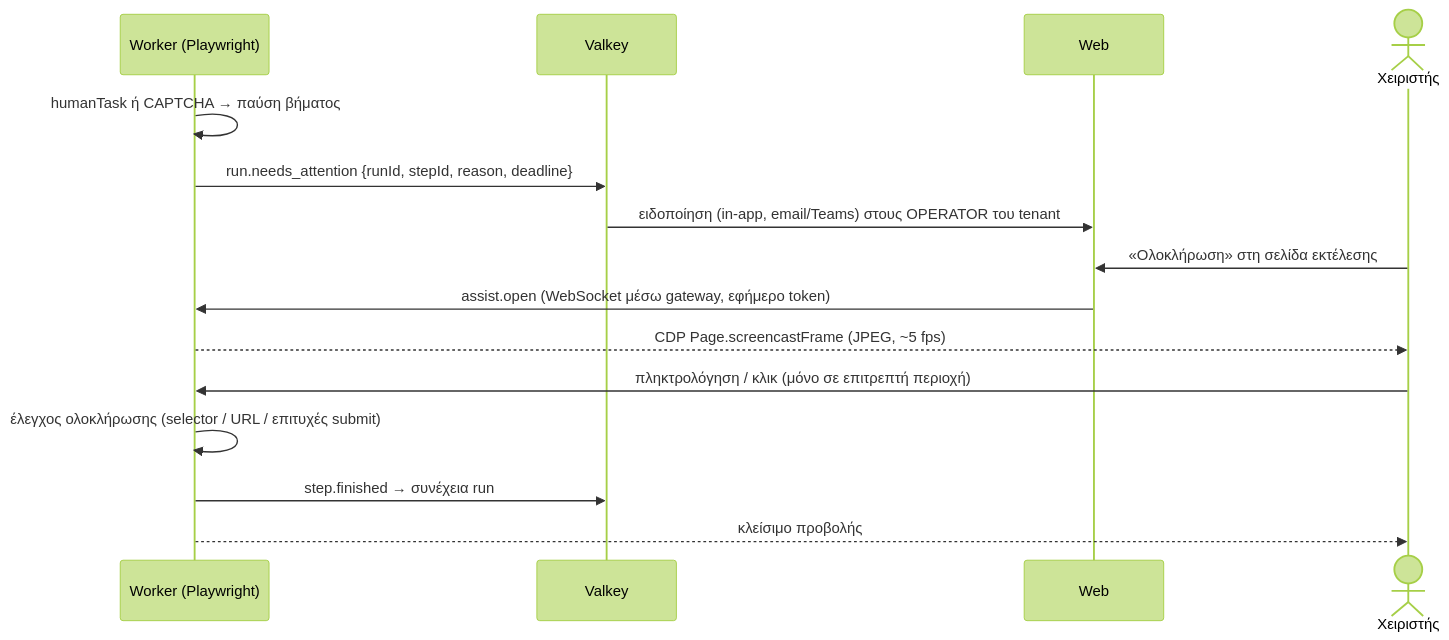
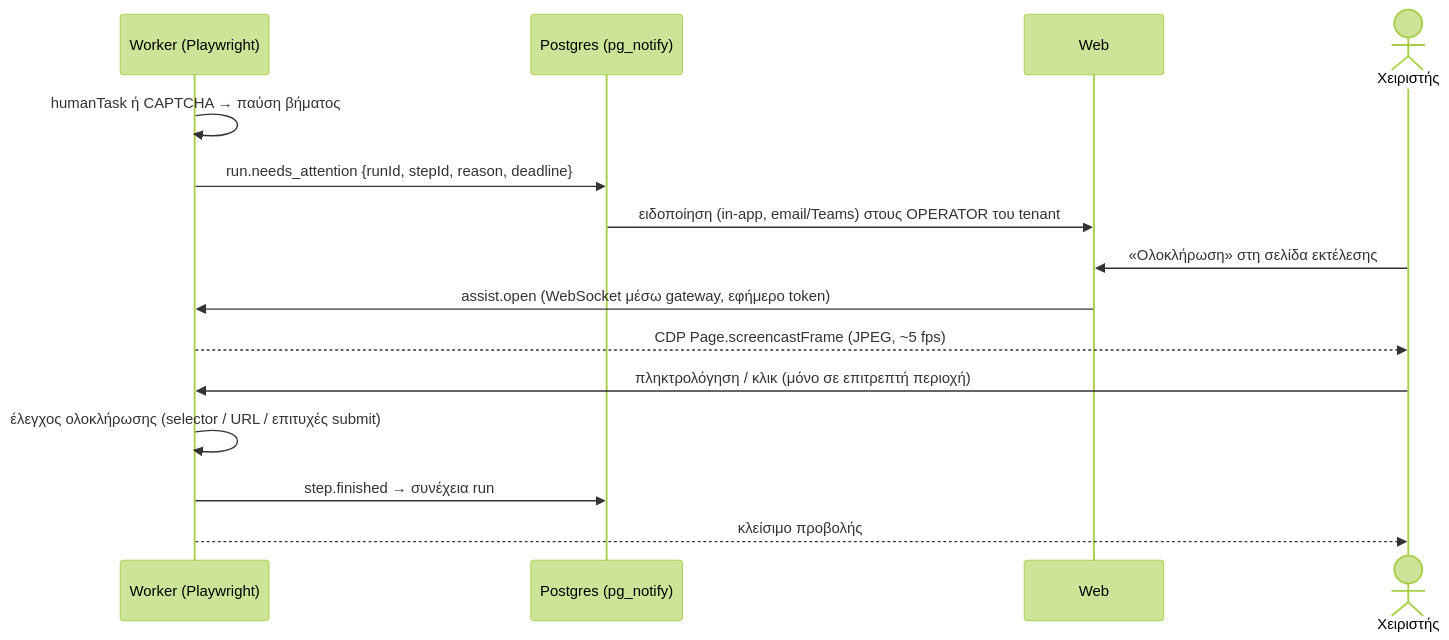
Before and after one commit to cloudzeus/DG-Complete: the diagram in docs/22-live-assist.md, drawn with Mermaid (forest theme). The commit also changed other lines of this file and 25 other files, not shown here.

First line of the commit message:
docs: ADR-022 — no Redis/Valkey; queues with pg-boss, coordination in Postgres

````diff
--- a/docs/22-live-assist.md
+++ b/docs/22-live-assist.md
@@ -11,17 +11,17 @@
 ```mermaid
 sequenceDiagram
   participant WK as Worker (Playwright)
-  participant VK as Valkey
+  participant VK as Postgres (pg_notify)
   participant WEB as Web
   actor OP as Χειριστής
   WK->>WK: humanTask ή CAPTCHA → παύση βήματος
   WK->>VK: run.needs_attention {runId, stepId, reason, deadline}
   VK->>WEB: ειδοποίηση (in-app, email/Teams) στους OPERATOR του tenant
   OP->>WEB: «Ολοκλήρωση» στη σελίδα εκτέλεσης
   WEB->>WK: assist.open (WebSocket μέσω gateway, εφήμερο token)
   WK-->>OP: CDP Page.screencastFrame (JPEG, ~5 fps)
   OP->>WK: πληκτρολόγηση / κλικ (μόνο σε επιτρεπτή περιοχή)
   WK->>WK: έλεγχος ολοκλήρωσης (selector / URL / επιτυχές submit)
   WK->>VK: step.finished → συνέχεια run
   WK-->>OP: κλείσιμο προβολής
 ```
````
